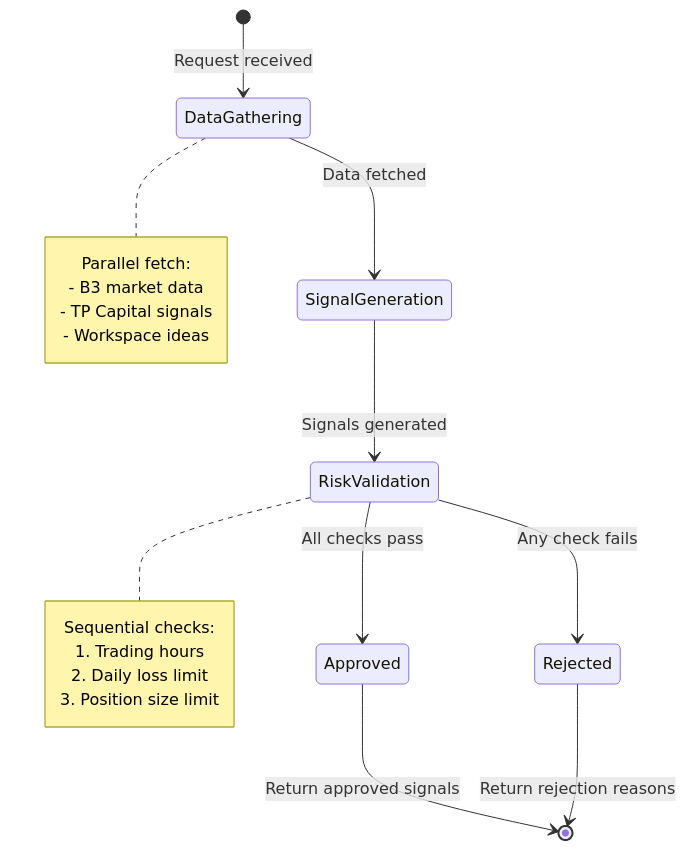
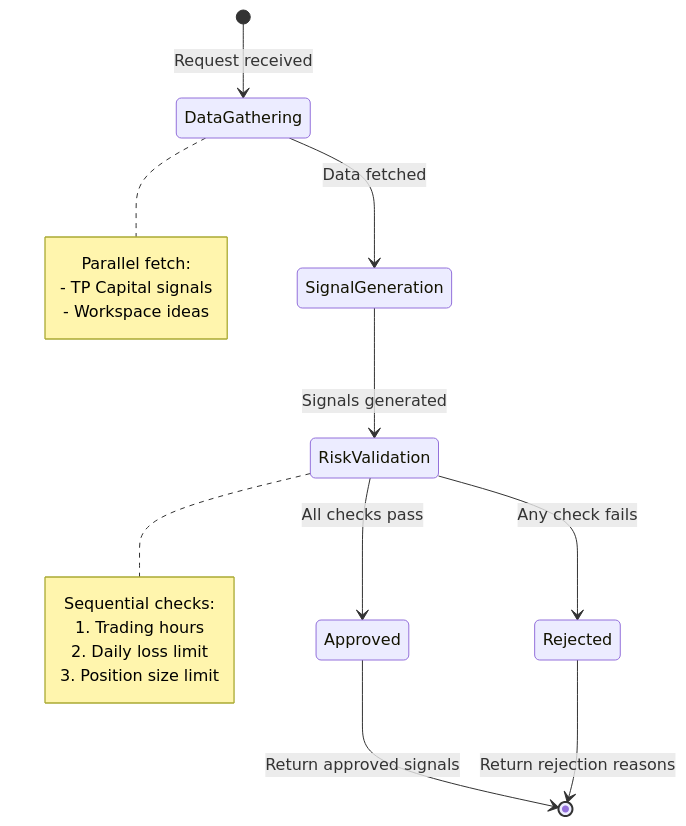
The fifth of 6 diagrams in docs/content/agents/agno-agents/flows.mdx (marceloterra1983/TradingSystem), drawn with Mermaid before and after one commit. The commit also changed other lines of this file and 870 other files, not shown here.

````diff
--- a/docs/content/agents/agno-agents/flows.mdx
+++ b/docs/content/agents/agno-agents/flows.mdx
@@ -161,24 +152,23 @@
 ```mermaid
 stateDiagram-v2
     [*] --> DataGathering: Request received
     DataGathering --> SignalGeneration: Data fetched
     SignalGeneration --> RiskValidation: Signals generated
     RiskValidation --> Approved: All checks pass
     RiskValidation --> Rejected: Any check fails
     Approved --> [*]: Return approved signals
     Rejected --> [*]: Return rejection reasons
     
     note right of DataGathering
         Parallel fetch:
-        - B3 market data
         - TP Capital signals
         - Workspace ideas
     end note
     
     note right of RiskValidation
         Sequential checks:
         1. Trading hours
         2. Daily loss limit
         3. Position size limit
     end note
 ```
````
